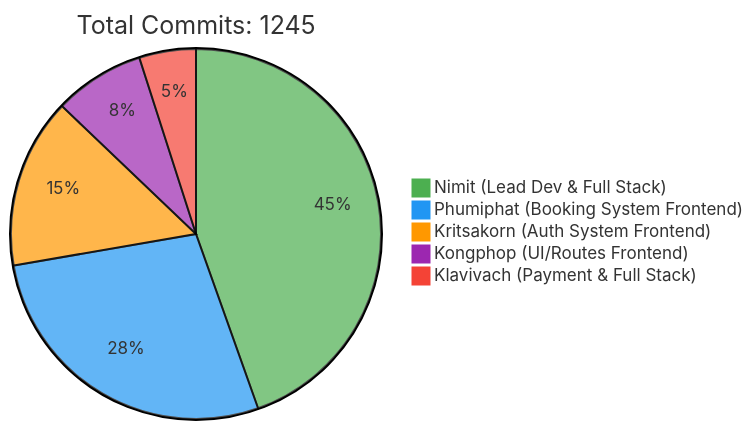
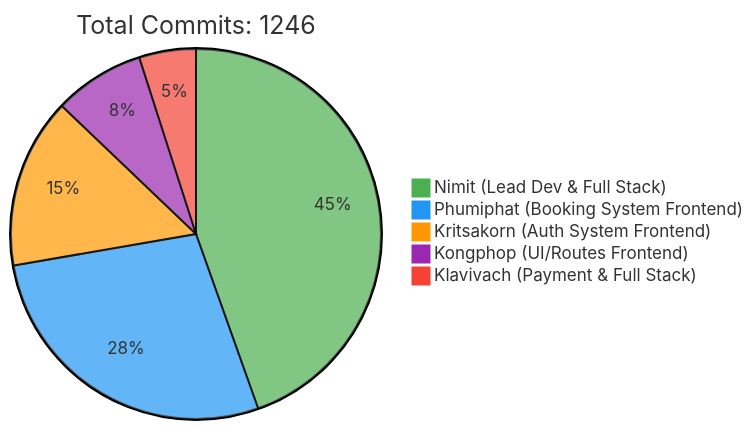
One commit to 6531503042/Sport-Complex changed the first of 2 diagrams in README.md. Above: the diagram before and after it, drawn with Mermaid. The commit also changed other lines of this file, not shown here.

Commit message:
docs: Update contributor statistics [skip ci]

````diff
--- a/README.md
+++ b/README.md
@@ -257,10 +257,10 @@
 ```mermaid
 %%{init: {'theme': 'base', 'themeVariables': { 'pie1': '#4CAF50', 'pie2': '#2196F3', 'pie3': '#FF9800', 'pie4': '#9C27B0', 'pie5': '#F44336'}}}%%
 pie
-    title Total Commits: 1245
+    title Total Commits: 1246
     "Nimit (Lead Dev & Full Stack)" : 450
     "Phumiphat (Booking System Frontend)" : 280
     "Kritsakorn (Auth System Frontend)" : 150
     "Kongphop (UI/Routes Frontend)" : 80
     "Klavivach (Payment & Full Stack)" : 50
 ```
````
